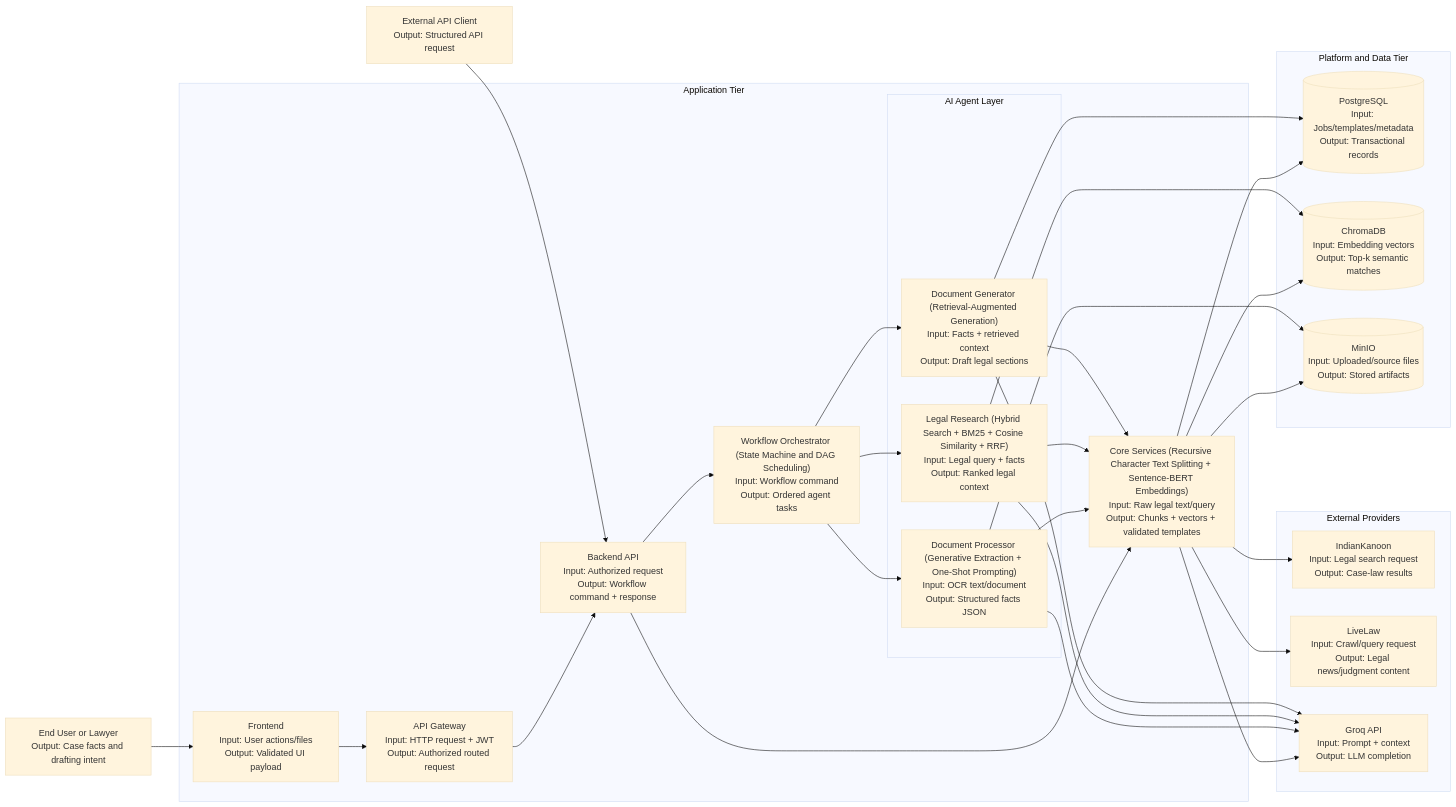
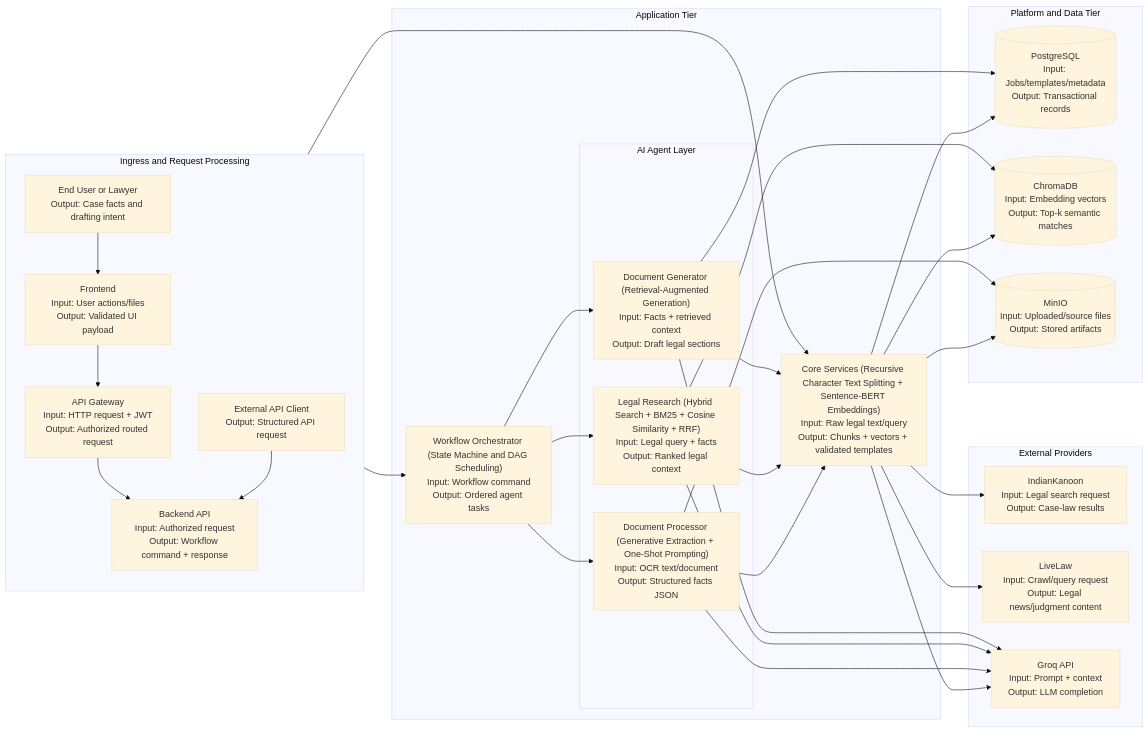
Before and after one commit to delisha02/droitdraft: the first of 4 diagrams in docs/system_architecture_diagram.md, drawn with Mermaid (base theme).

Commit message:
Align ingress blocks with orchestrator in system diagram

````diff
--- a/docs/system_architecture_diagram.md
+++ b/docs/system_architecture_diagram.md
@@ -7,63 +7,67 @@
 ```mermaid
 flowchart LR
-    %% Client Layer
-    User["End User or Lawyer\nOutput: Case facts and drafting intent"]
-    APIClient["External API Client\nOutput: Structured API request"]
+    %% Ingress Lane (center-aligned before orchestrator)
+    subgraph INGRESS["Ingress and Request Processing"]
+        direction TB
+        User["End User or Lawyer\nOutput: Case facts and drafting intent"]
+        APIClient["External API Client\nOutput: Structured API request"]
+        FE["Frontend\nInput: User actions/files\nOutput: Validated UI payload"]
+        Gateway["API Gateway\nInput: HTTP request + JWT\nOutput: Authorized routed request"]
+        BE["Backend API\nInput: Authorized request\nOutput: Workflow command + response"]
+
+        User --> FE
+        FE --> Gateway --> BE
+        APIClient --> BE
+    end
 
     %% Application Tier
     subgraph APP["Application Tier"]
-        FE["Frontend\nInput: User actions/files\nOutput: Validated UI payload"]
-        Gateway["API Gateway\nInput: HTTP request + JWT\nOutput: Authorized routed request"]
-        BE["Backend API\nInput: Authorized request\nOutput: Workflow command + response"]
         Orch["Workflow Orchestrator (State Machine and DAG Scheduling)\nInput: Workflow command\nOutput: Ordered agent tasks"]
 
         subgraph AGENTS["AI Agent Layer"]
             DocProc["Document Processor (Generative Extraction + One-Shot Prompting)\nInput: OCR text/document\nOutput: Structured facts JSON"]
             LegalRes["Legal Research (Hybrid Search + BM25 + Cosine Similarity + RRF)\nInput: Legal query + facts\nOutput: Ranked legal context"]
             DocGen["Document Generator (Retrieval-Augmented Generation)\nInput: Facts + retrieved context\nOutput: Draft legal sections"]
         end
 
         Services["Core Services (Recursive Character Text Splitting + Sentence-BERT Embeddings)\nInput: Raw legal text/query\nOutput: Chunks + vectors + validated templates"]
     end
 
     %% Platform and Data
     subgraph PLATFORM["Platform and Data Tier"]
         PG[("PostgreSQL\nInput: Jobs/templates/metadata\nOutput: Transactional records")]
         CH[("ChromaDB\nInput: Embedding vectors\nOutput: Top-k semantic matches")]
         MO[("MinIO\nInput: Uploaded/source files\nOutput: Stored artifacts")]
     end
 
     %% External Providers
     subgraph EXT["External Providers"]
         IK["IndianKanoon\nInput: Legal search request\nOutput: Case-law results"]
         LL["LiveLaw\nInput: Crawl/query request\nOutput: Legal news/judgment content"]
         Groq["Groq API\nInput: Prompt + context\nOutput: LLM completion"]
     end
 
-    User --> FE --> Gateway --> BE
-    APIClient --> BE
-
     BE --> Orch
     Orch --> DocProc
     Orch --> LegalRes
     Orch --> DocGen
 
     BE --> Services
     DocProc --> Services
     LegalRes --> Services
     DocGen --> Services
 
     Services --> PG
     Services --> CH
     Services --> MO
     DocProc --> MO
     LegalRes --> CH
     DocGen --> PG
 
     Services --> IK
     Services --> LL
     Services --> Groq
     DocProc --> Groq
     LegalRes --> Groq
     DocGen --> Groq
 ```
````
